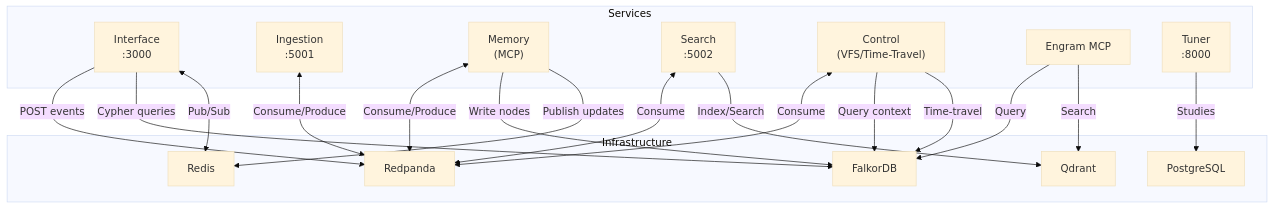
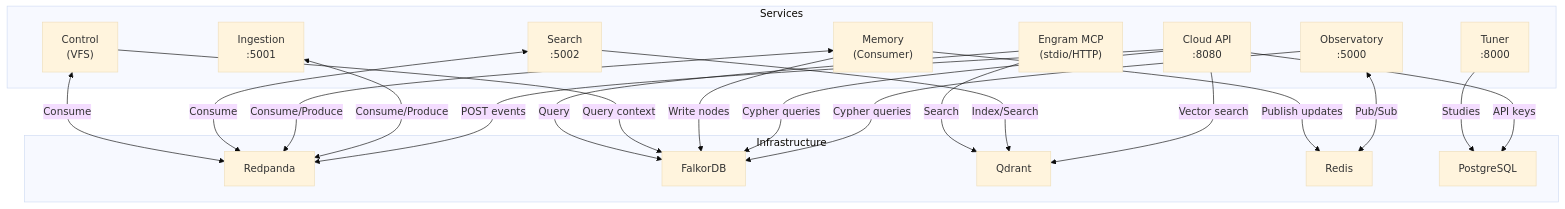
The ninth of 12 diagrams in ARCHITECTURE.md (rawcontext/engram), drawn with Mermaid (base theme) before and after one commit. The commit also changed other lines of this file and 12 other files, not shown here.

First line of the commit message:
docs: update ARCHITECTURE.md and switch LLM from Grok to Gemini 3.0 Flash

````diff
--- a/ARCHITECTURE.md
+++ b/ARCHITECTURE.md
@@ -618,42 +670,46 @@
 ```mermaid
 flowchart TB
     subgraph Services["Services"]
-        Interface["Interface<br/>:3000"]
+        Observatory["Observatory<br/>:5000"]
+        API["Cloud API<br/>:8080"]
         Ingestion["Ingestion<br/>:5001"]
-        Memory["Memory<br/>(MCP)"]
+        Memory["Memory<br/>(Consumer)"]
         Search["Search<br/>:5002"]
-        Control["Control<br/>(VFS/Time-Travel)"]
-        EngramMCP["Engram MCP"]
+        Control["Control<br/>(VFS)"]
+        EngramMCP["Engram MCP<br/>(stdio/HTTP)"]
         Tuner["Tuner<br/>:8000"]
     end
 
     subgraph Infra["Infrastructure"]
         Kafka["Redpanda"]
         Graph["FalkorDB"]
         Vector["Qdrant"]
         PubSub["Redis"]
         Postgres["PostgreSQL"]
     end
 
-    Interface -->|"POST events"| Kafka
-    Interface -->|"Cypher queries"| Graph
-    Interface <-->|"Pub/Sub"| PubSub
+    Observatory <-->|"Pub/Sub"| PubSub
+    Observatory -->|"Cypher queries"| Graph
+
+    API -->|"POST events"| Kafka
+    API -->|"Cypher queries"| Graph
+    API -->|"Vector search"| Vector
+    API -->|"API keys"| Postgres
 
     Ingestion <-->|"Consume/Produce"| Kafka
 
     Memory <-->|"Consume/Produce"| Kafka
     Memory -->|"Write nodes"| Graph
     Memory -->|"Publish updates"| PubSub
 
     Search <-->|"Consume"| Kafka
     Search -->|"Index/Search"| Vector
 
     Control <-->|"Consume"| Kafka
     Control -->|"Query context"| Graph
-    Control -->|"Time-travel"| Graph
 
     EngramMCP -->|"Query"| Graph
     EngramMCP -->|"Search"| Vector
 
     Tuner -->|"Studies"| Postgres
 ```
````
